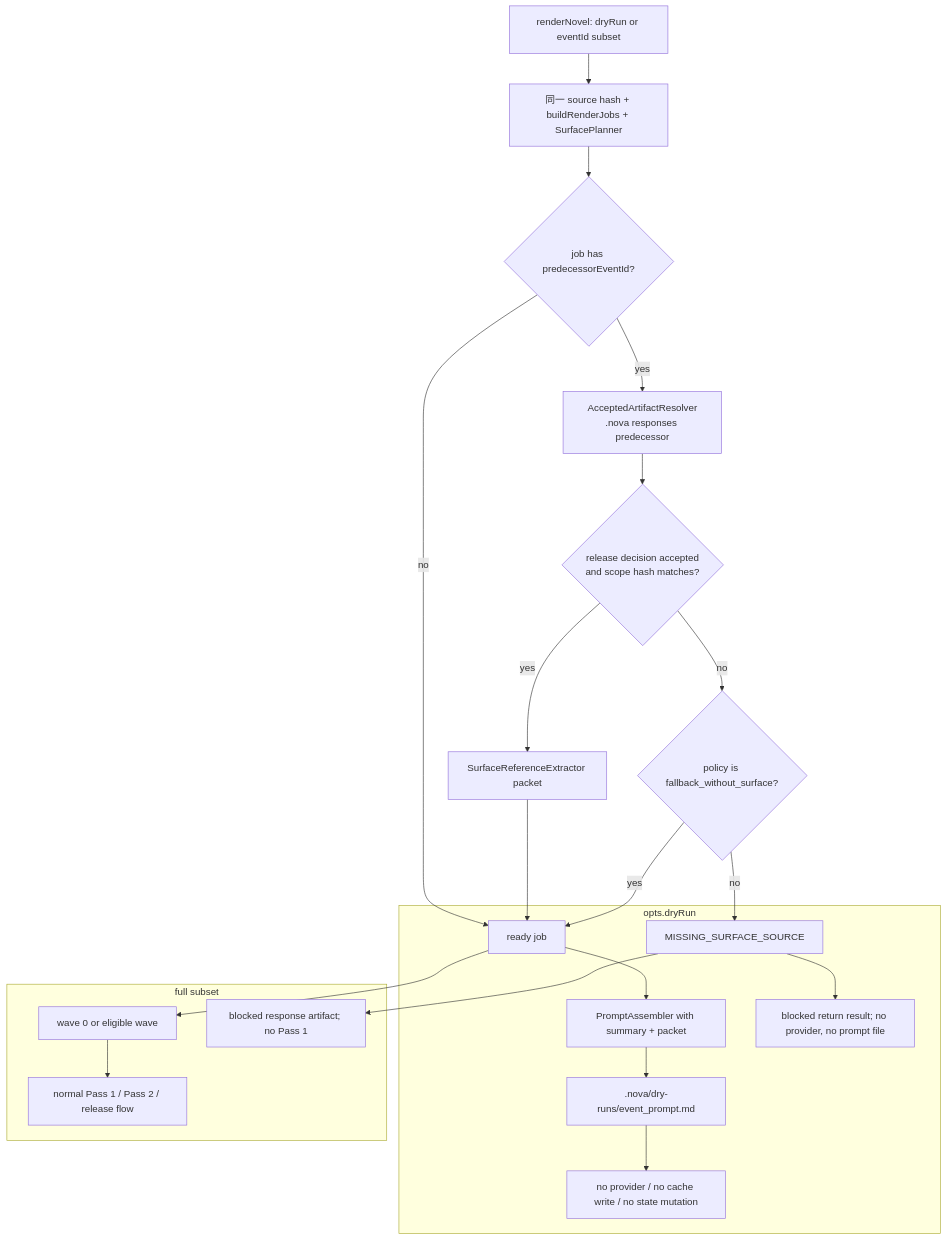
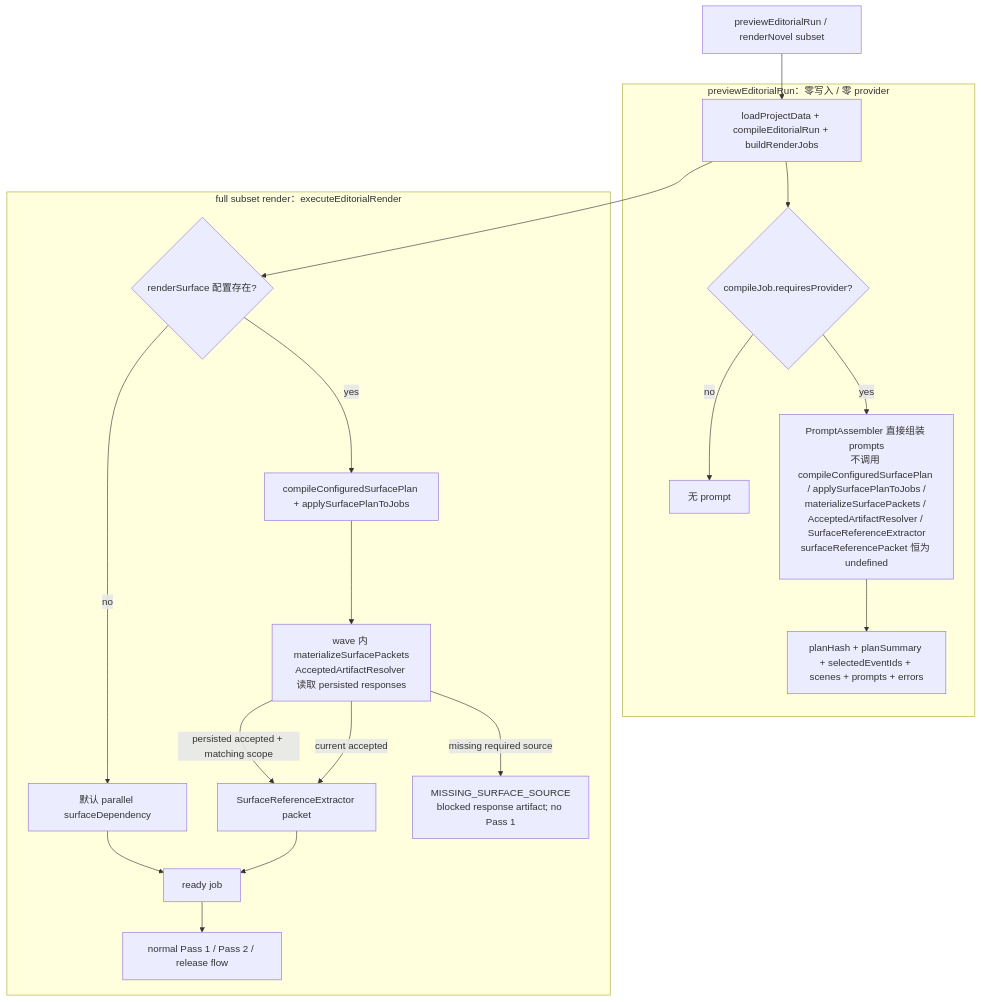
The fifth of 6 diagrams in docs/reference/wiring.md (fltb/fabula), drawn with Mermaid before and after one commit. The commit also changed other lines of this file and 39 other files, not shown here.

````diff
--- a/docs/reference/wiring.md
+++ b/docs/reference/wiring.md
@@ -373,27 +392,24 @@
 ```mermaid
 flowchart TD
-  Request[renderNovel: dryRun or eventId subset] --> Shared[同一 source hash + buildRenderJobs + SurfacePlanner]
-  Shared --> Need{job has predecessorEventId?}
+  Request[previewEditorialRun / renderNovel subset] --> Shared[loadProjectData + compileEditorialRun + buildRenderJobs]
 
-  Need -- no --> Ready[ready job]
-  Need -- yes --> Persisted[AcceptedArtifactResolver<br/>.nova responses predecessor]
-  Persisted --> Scope{release decision accepted<br/>and scope hash matches?}
-  Scope -- yes --> Extract[SurfaceReferenceExtractor packet]
-  Extract --> Ready
-  Scope -- no --> Fallback{policy is fallback_without_surface?}
-  Fallback -- yes --> Ready
-  Fallback -- no --> Missing[MISSING_SURFACE_SOURCE]
-
-  subgraph Dry[opts.dryRun]
-    Ready --> Prompt[PromptAssembler with summary + packet]
-    Prompt --> DryFile[.nova/dry-runs/event_prompt.md]
-    Missing --> DryBlocked[blocked return result; no provider, no prompt file]
-    DryFile --> NoProvider[no provider / no cache write / no state mutation]
+  subgraph Preview[previewEditorialRun：零写入 / 零 provider]
+    Shared --> Need{compileJob.requiresProvider?}
+    Need -- no --> Skip[无 prompt]
+    Need -- yes --> Prompt[PromptAssembler 直接组装 prompts<br/>不调用 compileConfiguredSurfacePlan / applySurfacePlanToJobs /<br/>materializeSurfacePackets / AcceptedArtifactResolver / SurfaceReferenceExtractor<br/>surfaceReferencePacket 恒为 undefined]
+    Prompt --> PreviewResult[planHash + planSummary + selectedEventIds + scenes + prompts + errors]
   end
 
-  subgraph Subset[full subset]
-    Ready --> ReadyWave[wave 0 or eligible wave]
-    Missing --> BlockedResponse[blocked response artifact; no Pass 1]
-    ReadyWave --> FullRender[normal Pass 1 / Pass 2 / release flow]
+  subgraph Subset[full subset render：executeEditorialRender]
+    Shared --> Surface{renderSurface 配置存在?}
+    Surface -- yes --> Plan[compileConfiguredSurfacePlan + applySurfacePlanToJobs]
+    Plan --> Materialize[wave 内 materializeSurfacePackets<br/>AcceptedArtifactResolver 读取 persisted responses]
+    Materialize -- current accepted --> Packet[SurfaceReferenceExtractor packet]
+    Materialize -- persisted accepted + matching scope --> Packet
+    Packet --> Ready[ready job]
+    Surface -- no --> DefaultDep[默认 parallel surfaceDependency]
+    DefaultDep --> Ready
+    Materialize -- missing required source --> Missing[MISSING_SURFACE_SOURCE<br/>blocked response artifact; no Pass 1]
+    Ready --> FullRender[normal Pass 1 / Pass 2 / release flow]
   end
 ```
````
